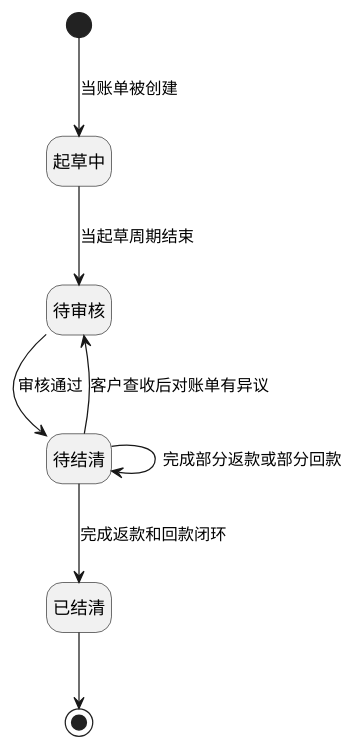
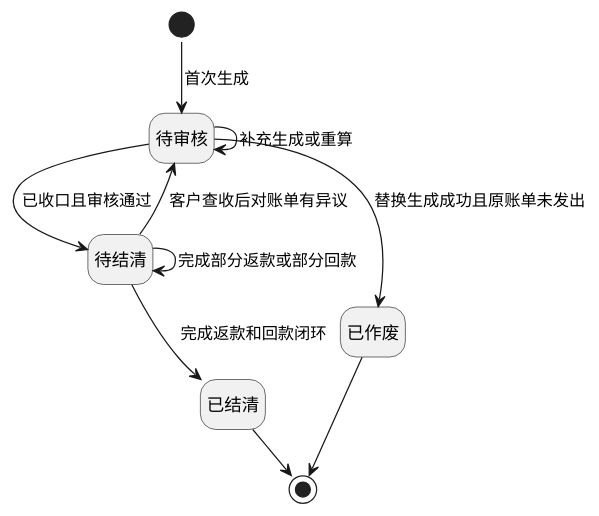
One commit to jack888332/projects-doc changed diagram 14 of 19 in product-caliber/bms/prd/账单系统.PRD.md. Above: the diagram before and after it, drawn with PlantUML. The commit also changed other lines of this file, not shown here.

````diff
--- a/product-caliber/bms/prd/账单系统.PRD.md
+++ b/product-caliber/bms/prd/账单系统.PRD.md
@@ -2498,18 +2603,21 @@
 ```plantuml
 @startuml
+!pragma layout smetana
 hide empty description
 
-state 起草中
-state 待审核
-state 待结清
-state 已结清
+state "待审核" as PendingReview
+state "待结清" as PendingSettlement
+state "已结清" as Settled
+state "已作废" as Voided
 
-[*] --> 起草中 : 当账单被创建
-起草中 --> 待审核 : 当起草周期结束
-待审核 --> 待结清 : 审核通过
-待结清 --> 待审核 : 客户查收后对账单有异议
-待结清 --> 待结清 : 完成部分返款或部分回款
-待结清 --> 已结清 : 完成返款和回款闭环
-已结清 --> [*]
+[*] --> PendingReview : 首次生成
+PendingReview --> PendingReview : 补充生成或重算
+PendingReview --> Voided : 替换生成成功且原账单未发出
+PendingReview --> PendingSettlement : 已收口且审核通过
+PendingSettlement --> PendingReview : 客户查收后对账单有异议
+PendingSettlement --> PendingSettlement : 完成部分返款或部分回款
+PendingSettlement --> Settled : 完成返款和回款闭环
+Settled --> [*]
+Voided --> [*]
 @enduml
 ```
````
